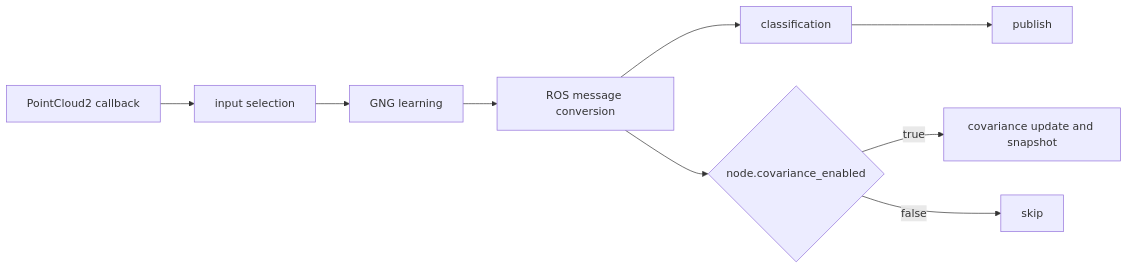
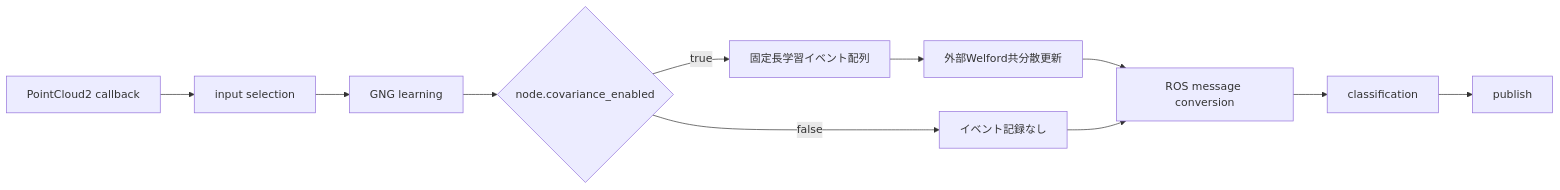
One commit to uraki-UH/arm_avoidance changed the fourth of 10 diagrams in gng_vlut_system/docs/TECHNICAL_SPEC.md. Above: the diagram before and after it, drawn with Mermaid. The commit also changed other lines of this file and 5 other files, not shown here.

````diff
--- a/gng_vlut_system/docs/TECHNICAL_SPEC.md
+++ b/gng_vlut_system/docs/TECHNICAL_SPEC.md
@@ -289,11 +294,13 @@
 ```mermaid
 flowchart LR
     A[PointCloud2 callback] --> B[input selection]
     B --> C[GNG learning]
-    C --> D[ROS message conversion]
-    D --> E[classification]
-    E --> F[publish]
-    D --> G{node.covariance_enabled}
-    G -- true --> H[covariance update and snapshot]
-    G -- false --> I[skip]
+    C --> D{node.covariance_enabled}
+    D -- true --> E[固定長学習イベント配列]
+    E --> F[外部Welford共分散更新]
+    D -- false --> G[イベント記録なし]
+    F --> H[ROS message conversion]
+    G --> H
+    H --> I[classification]
+    I --> J[publish]
 ```
````
